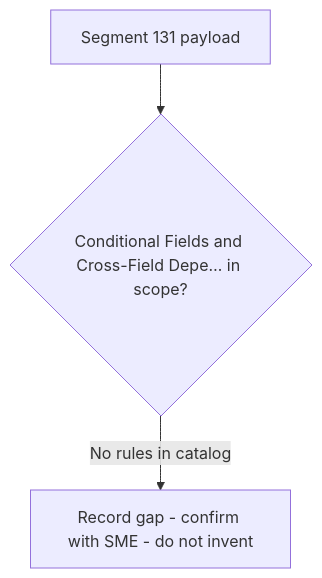
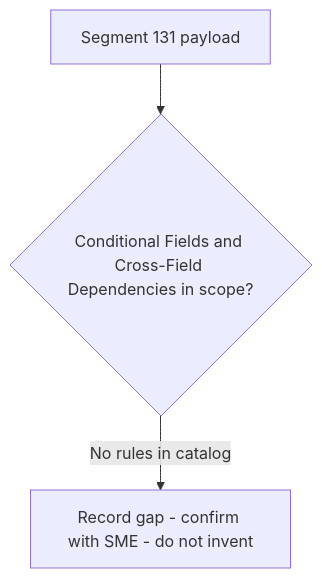
Before and after one commit to DhanSingh-hub/core-auth-ai-validation-framework: the diagram in regression-artifact-validator/specifications/ATL105/docs/specs/kb/segment-131/conditional-dependency-rules-flow.md, drawn with Mermaid. The commit also changed 150 other files, not shown here.

````diff
--- a/regression-artifact-validator/specifications/ATL105/docs/specs/kb/segment-131/conditional-dependency-rules-flow.md
+++ b/regression-artifact-validator/specifications/ATL105/docs/specs/kb/segment-131/conditional-dependency-rules-flow.md
@@ -3,5 +3,5 @@
 ```mermaid
 flowchart TD
-    A[Segment 131 payload] --> B{Conditional Fields and Cross-Field Depe… in scope?}
+    A[Segment 131 payload] --> B{Conditional Fields and Cross-Field Dependencies in scope?}
     B -->|No rules in catalog| G[Record gap - confirm with SME - do not invent]
 ```
````
